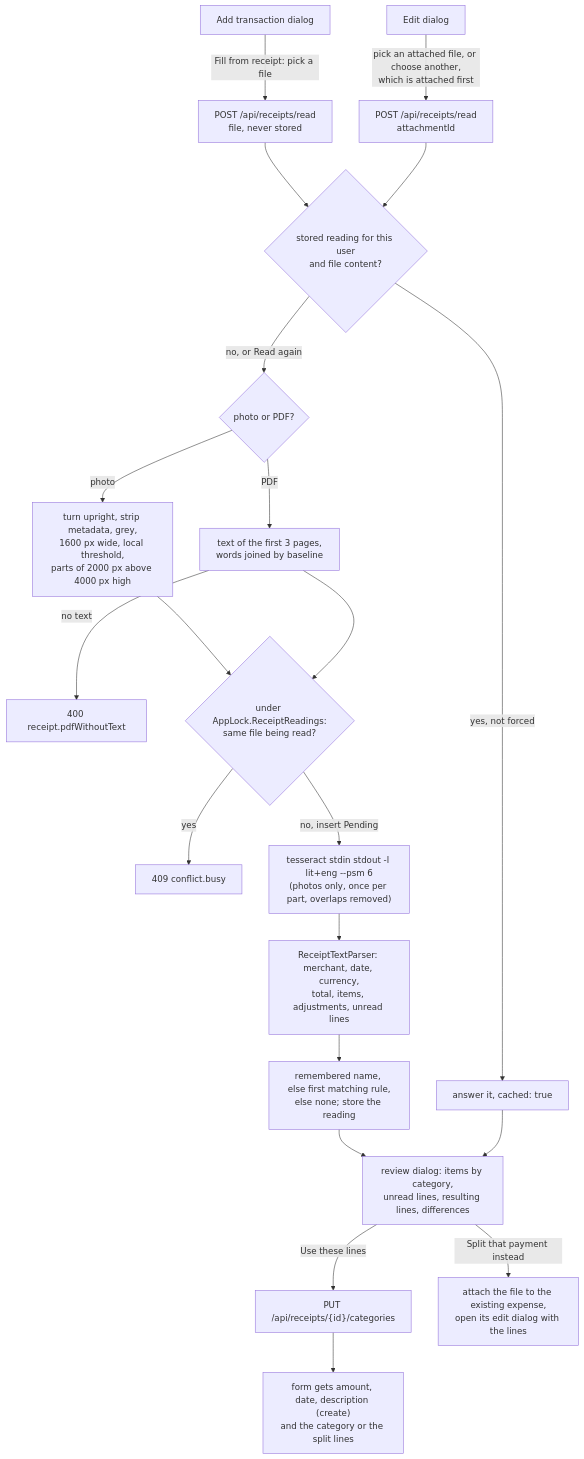
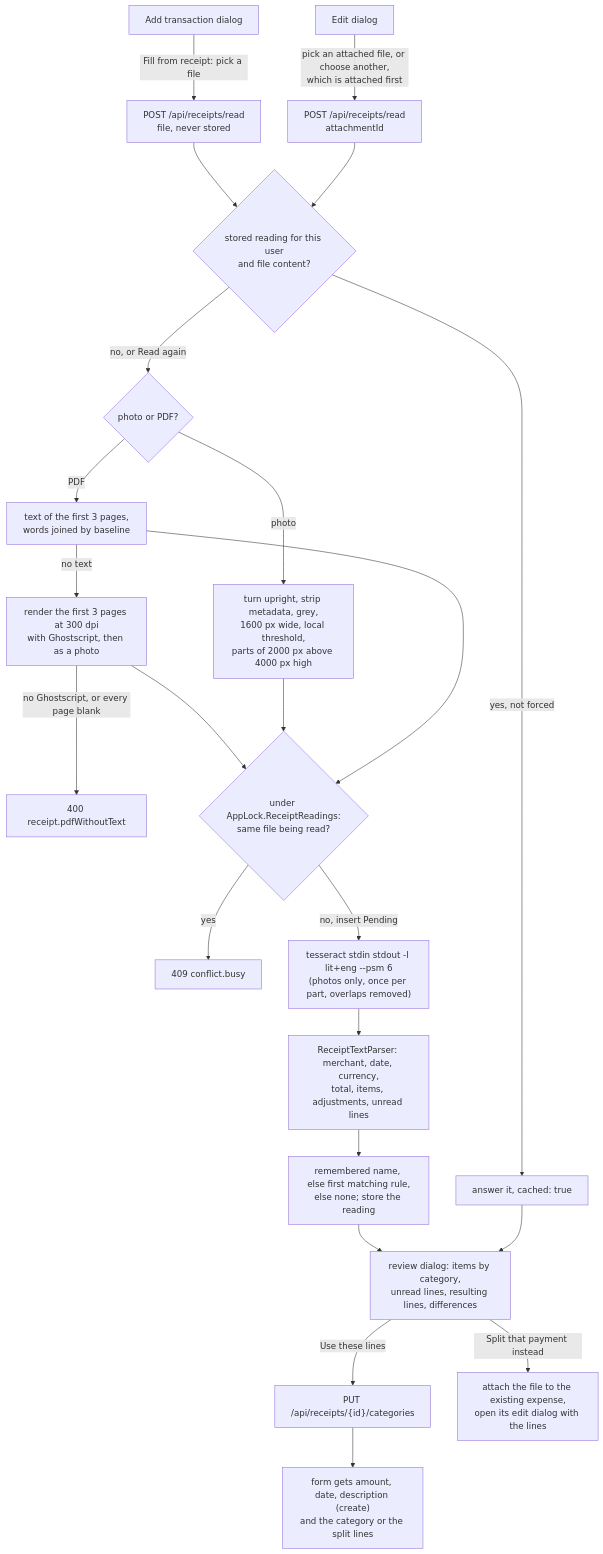
The diagram in docs/features/receipt-reading.md (Justxs/Jx-Finance), drawn with Mermaid before and after one commit. The commit also changed other lines of this file and 10 other files, not shown here.

Commit message:
feat(receipts): read scanned PDF receipts by rendering their pages

````diff
--- a/docs/features/receipt-reading.md
+++ b/docs/features/receipt-reading.md
@@ -19,23 +19,25 @@
 ```mermaid
 flowchart TD
     Create["Add transaction dialog"] -->|"Fill from receipt: pick a file"| Upload["POST /api/receipts/read<br/>file, never stored"]
     Edit["Edit dialog"] -->|"pick an attached file, or choose another,<br/>which is attached first"| Attached["POST /api/receipts/read<br/>attachmentId"]
     Upload --> Service
     Attached --> Service
     Service{"stored reading for this user<br/>and file content?"} -->|"yes, not forced"| Cached["answer it, cached: true"]
     Service -->|"no, or Read again"| Prepare{"photo or PDF?"}
     Prepare -->|"photo"| Image["turn upright, strip metadata, grey,<br/>1600 px wide, local threshold,<br/>parts of 2000 px above 4000 px high"]
     Prepare -->|"PDF"| Text["text of the first 3 pages,<br/>words joined by baseline"]
-    Text -->|"no text"| NoText["400 receipt.pdfWithoutText"]
+    Text -->|"no text"| Render["render the first 3 pages at 300 dpi<br/>with Ghostscript, then as a photo"]
+    Render -->|"no Ghostscript, or every page blank"| NoText["400 receipt.pdfWithoutText"]
+    Render --> Busy
     Image --> Busy{"under AppLock.ReceiptReadings:<br/>same file being read?"}
     Text --> Busy
     Busy -->|"yes"| Conflict["409 conflict.busy"]
     Busy -->|"no, insert Pending"| Ocr["tesseract stdin stdout -l lit+eng --psm 6<br/>(photos only, once per part, overlaps removed)"]
     Ocr --> Parse["ReceiptTextParser: merchant, date, currency,<br/>total, items, adjustments, unread lines"]
     Parse --> Categories["remembered name, else first matching rule,<br/>else none; store the reading"]
     Categories --> Review["review dialog: items by category,<br/>unread lines, resulting lines, differences"]
     Cached --> Review
     Review -->|"Use these lines"| Learn["PUT /api/receipts/{id}/categories"]
     Learn --> Form["form gets amount, date, description (create)<br/>and the category or the split lines"]
     Review -->|"Split that payment instead"| Candidate["attach the file to the existing expense,<br/>open its edit dialog with the lines"]
 ```
````
